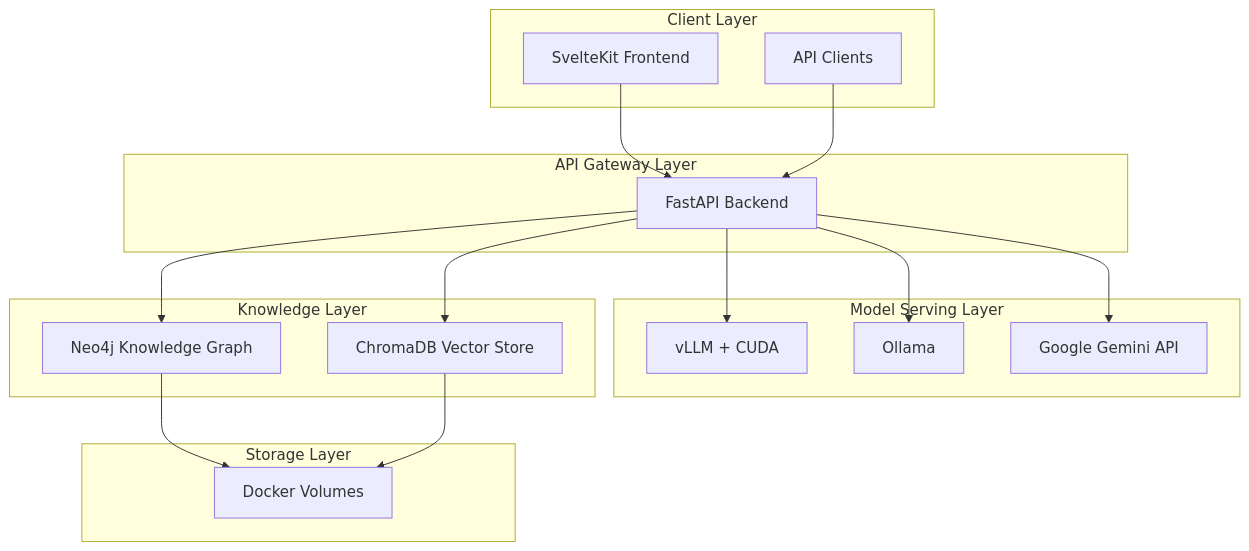
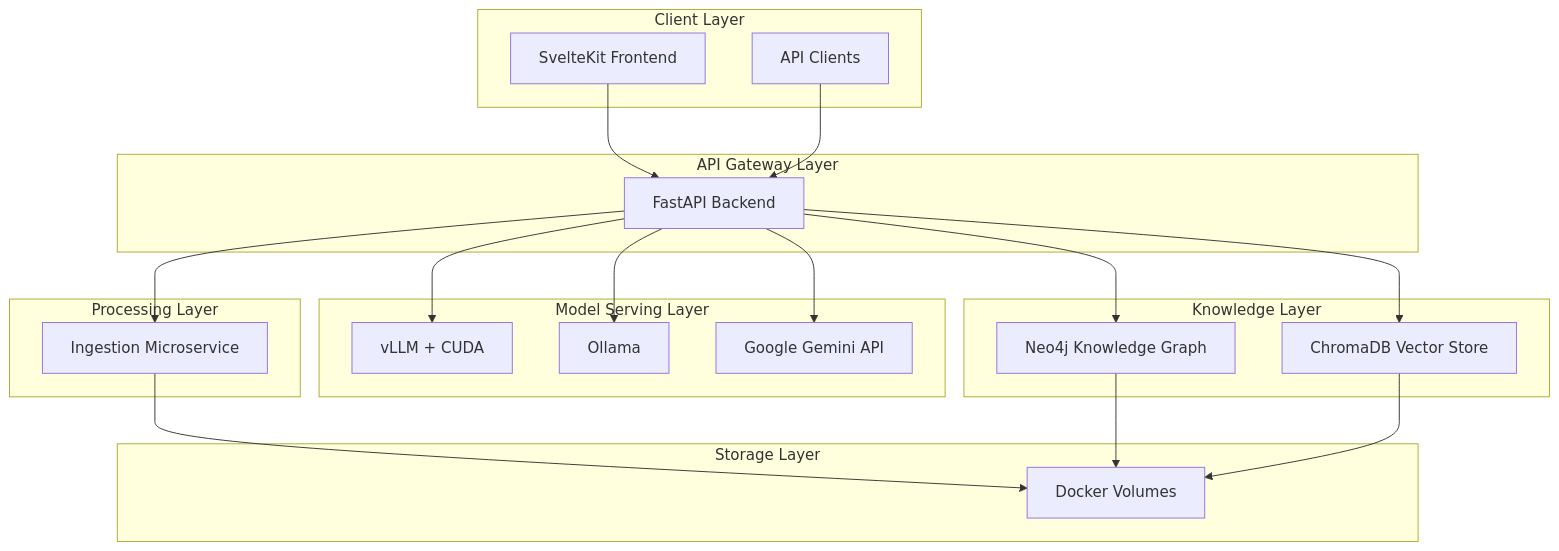
Before and after one commit to nickverneck/Oracle: the diagram in README.md, drawn with Mermaid. The commit also changed other lines of this file and 14 other files, not shown here.

Commit message:
created ingestion microservice

````diff
--- a/README.md
+++ b/README.md
@@ -6,36 +6,42 @@
 ```mermaid
 graph TB
     subgraph "Client Layer"
         UI[SvelteKit Frontend]
         API_CLIENT[API Clients]
     end
     
     subgraph "API Gateway Layer"
         FASTAPI[FastAPI Backend]
+    end
+    
+    subgraph "Processing Layer"
+        INGESTION[Ingestion Microservice]
     end
     
     subgraph "Model Serving Layer"
         VLLM[vLLM + CUDA]
         OLLAMA[Ollama]
         GEMINI[Google Gemini API]
     end
     
     subgraph "Knowledge Layer"
         NEO4J[Neo4j Knowledge Graph]
         CHROMADB[ChromaDB Vector Store]
     end
     
     subgraph "Storage Layer"
         VOLUMES[Docker Volumes]
     end
     
     UI --> FASTAPI
     API_CLIENT --> FASTAPI
+    FASTAPI --> INGESTION
     FASTAPI --> VLLM
     FASTAPI --> OLLAMA
     FASTAPI --> GEMINI
     FASTAPI --> NEO4J
     FASTAPI --> CHROMADB
+    INGESTION --> VOLUMES
     NEO4J --> VOLUMES
     CHROMADB --> VOLUMES
 ```
````
